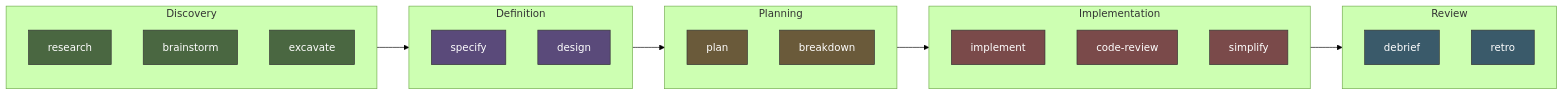
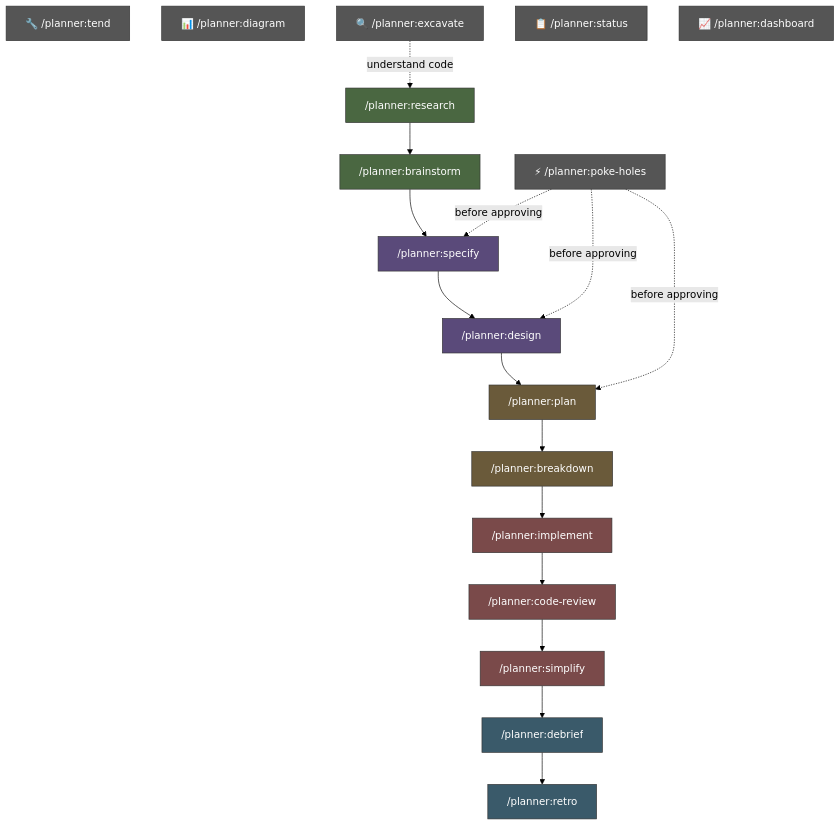
Before and after one commit to danweinerdev/claude-project-planner: the second of 4 diagrams in README.md, drawn with Mermaid (forest theme). The commit also changed other lines of this file and 72 other files, not shown here.

````diff
--- a/README.md
+++ b/README.md
@@ -20,43 +109,39 @@
 ```mermaid
-graph LR
-    subgraph Discovery
-        research[research]
-        brainstorm[brainstorm]
-        excavate[excavate]
-    end
+graph TD
+    research["/planner:research"] --> brainstorm["/planner:brainstorm"]
+    brainstorm --> specify["/planner:specify"]
+    specify --> design["/planner:design"]
+    design --> plan["/planner:plan"]
+    plan --> breakdown["/planner:breakdown"]
+    breakdown --> implement["/planner:implement"]
+    implement --> codereview["/planner:code-review"]
+    codereview --> simplify["/planner:simplify"]
+    simplify --> debrief["/planner:debrief"]
+    debrief --> retro["/planner:retro"]
 
-    subgraph Definition
-        specify[specify]
-        design[design]
-    end
+    poke["⚡ /planner:poke-holes"]
+    tend["🔧 /planner:tend"]
+    diagram["📊 /planner:diagram"]
+    excavate["🔍 /planner:excavate"]
+    status["📋 /planner:status"]
+    dashboard["📈 /planner:dashboard"]
 
-    subgraph Planning
-        plan[plan]
-        breakdown[breakdown]
-    end
-
-    subgraph Implementation
-        implement[implement]
-        codereview[code-review]
-        simplify[simplify]
-    end
-
-    subgraph Review
-        debrief[debrief]
-        retro[retro]
-    end
-
-    Discovery --> Definition --> Planning --> Implementation --> Review
+    poke -. "before approving" .-> specify
+    poke -. "before approving" .-> design
+    poke -. "before approving" .-> plan
+    excavate -. "understand code" .-> research
 
     classDef discovery fill:#4a6741,stroke:#333,color:#fff
     classDef definition fill:#5a4a7a,stroke:#333,color:#fff
-    classDef planning fill:#6a5a3a,stroke:#333,color:#fff
-    classDef impl fill:#7a4a4a,stroke:#333,color:#fff
+    classDef execution fill:#6a5a3a,stroke:#333,color:#fff
+    classDef implementation fill:#7a4a4a,stroke:#333,color:#fff
     classDef review fill:#3a5a6a,stroke:#333,color:#fff
+    classDef utility fill:#555,stroke:#333,color:#fff
 
-    class research,brainstorm,excavate discovery
+    class research,brainstorm discovery
     class specify,design definition
-    class plan,breakdown planning
-    class implement,codereview,simplify impl
+    class plan,breakdown execution
+    class implement,codereview,simplify implementation
     class debrief,retro review
+    class poke,tend,diagram,excavate,status,dashboard utility
 ```
````
